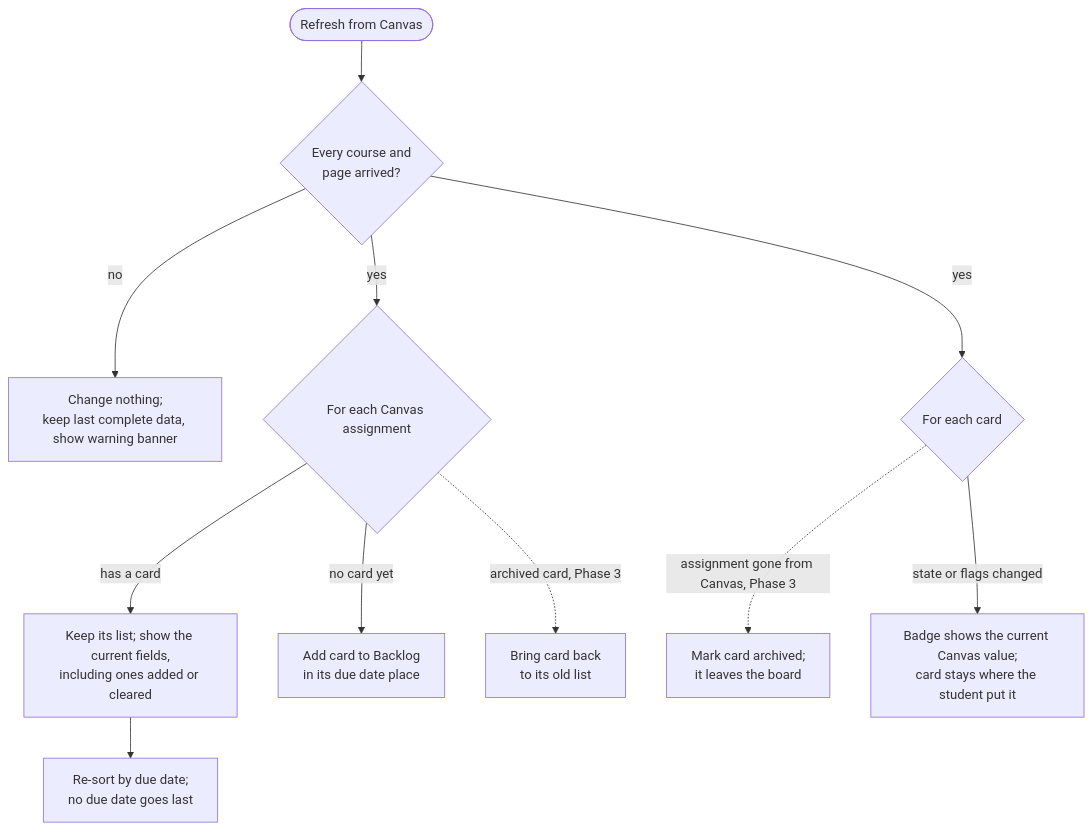
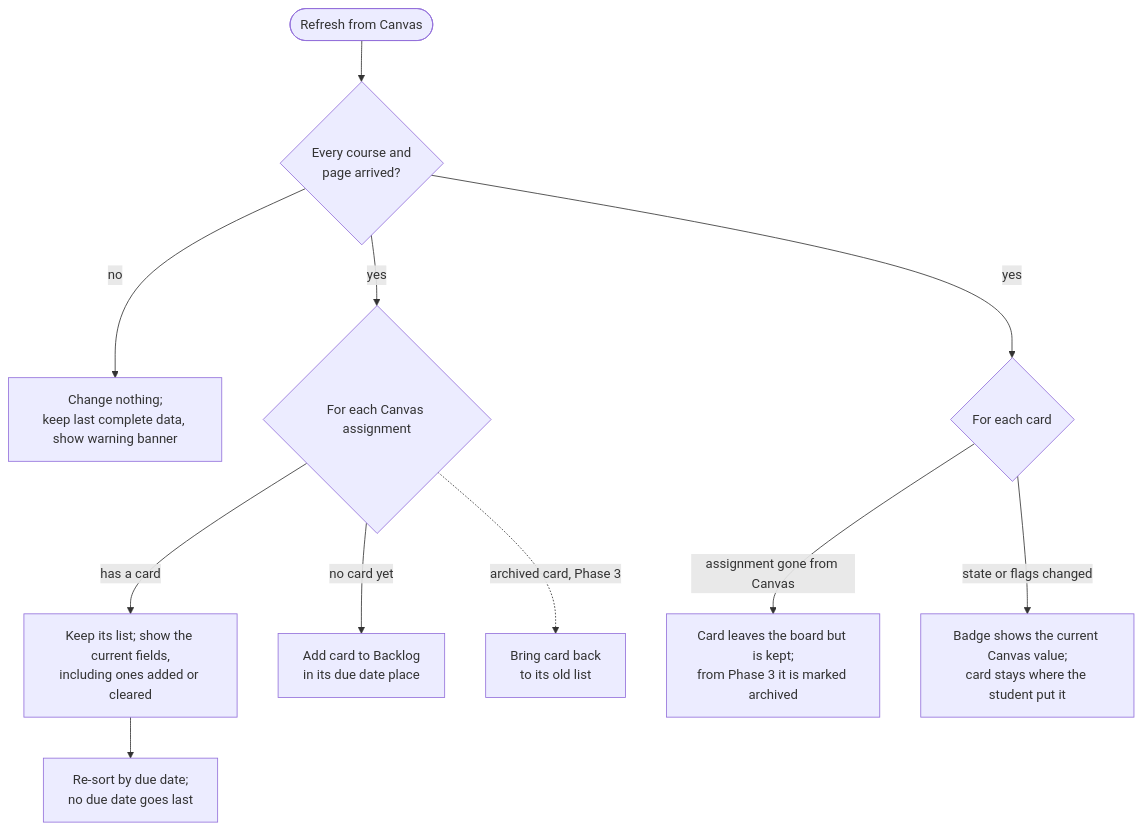
The sixth of 9 diagrams in docs/canvas-portal/04-ui-specification.md (bbranton/TestProj), drawn with Mermaid before and after one commit. The commit also changed other lines of this file, not shown here.

````diff
--- a/docs/canvas-portal/04-ui-specification.md
+++ b/docs/canvas-portal/04-ui-specification.md
@@ -627,13 +635,13 @@
 ```mermaid
 flowchart TD
     A([Refresh from Canvas]) --> Z{Every course and<br/>page arrived?}
     Z -- no --> Y[Change nothing;<br/>keep last complete data, show warning banner]
     Z -- yes --> B{For each Canvas assignment}
     B -- has a card --> C[Keep its list; show the current fields,<br/>including ones added or cleared]
     C --> C2[Re-sort by due date;<br/>no due date goes last]
     B -- no card yet --> D[Add card to Backlog<br/>in its due date place]
     B -. archived card, Phase 3 .-> R[Bring card back<br/>to its old list]
     Z -- yes --> E{For each card}
-    E -. assignment gone from Canvas, Phase 3 .-> F[Mark card archived;<br/>it leaves the board]
+    E -- assignment gone from Canvas --> F[Card leaves the board but is kept;<br/>from Phase 3 it is marked archived]
     E -- state or flags changed --> G[Badge shows the current Canvas value;<br/>card stays where the student put it]
 ```
````
